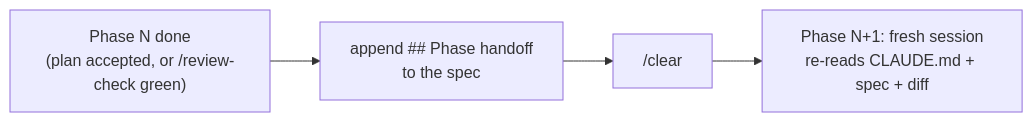
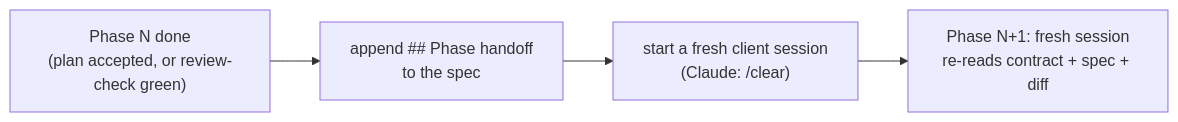
One commit to bbirkinbine/agentic-scaffold changed the sixth of 6 diagrams in python/docs/workflow-diagram.md. Above: the diagram before and after it, drawn with Mermaid. The commit also changed other lines of this file and 134 other files, not shown here.

````diff
--- a/python/docs/workflow-diagram.md
+++ b/python/docs/workflow-diagram.md
@@ -258,6 +260,6 @@
 ```mermaid
 flowchart LR
-    P1["Phase N done<br/>(plan accepted, or /review-check green)"] --> H["append ## Phase handoff<br/>to the spec"]
-    H --> CL["/clear"]
-    CL --> P2["Phase N+1: fresh session<br/>re-reads CLAUDE.md + spec + diff"]
+    P1["Phase N done<br/>(plan accepted, or review-check green)"] --> H["append ## Phase handoff<br/>to the spec"]
+    H --> CL["start a fresh client session<br/>(Claude: /clear)"]
+    CL --> P2["Phase N+1: fresh session<br/>re-reads contract + spec + diff"]
 ```
````
